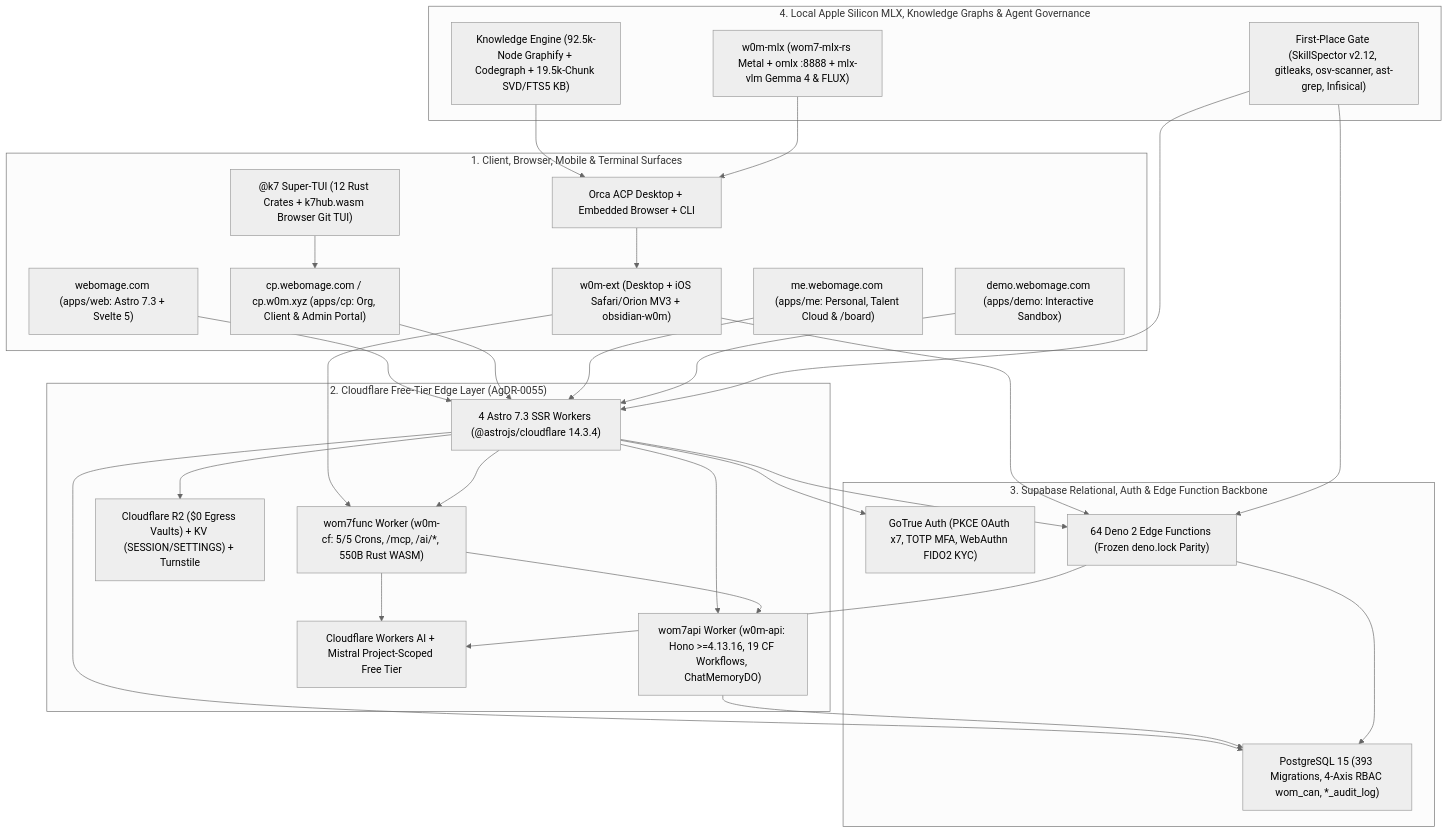
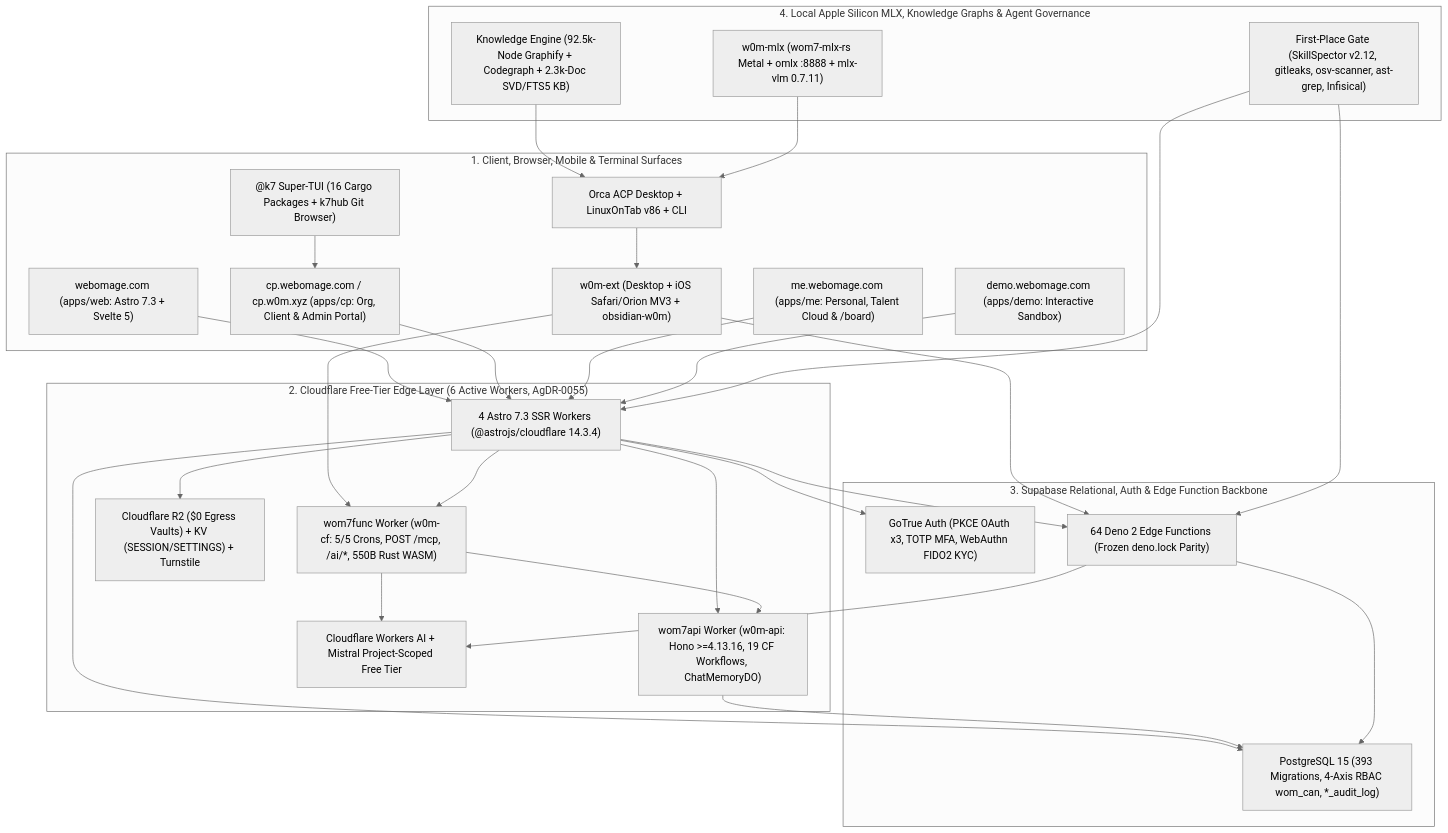
The first of 2 diagrams in .agents/reports/t734-w0m-technology-landscape-overview.md (webomage/a2ui-vinext), drawn with Mermaid (neutral theme) before and after one commit. The commit also changed other lines of this file and 9 other files, not shown here.

````diff
--- a/.agents/reports/t734-w0m-technology-landscape-overview.md
+++ b/.agents/reports/t734-w0m-technology-landscape-overview.md
@@ -32,59 +33,59 @@
 ```mermaid
 flowchart TB
     subgraph Clients["1. Client, Browser, Mobile & Terminal Surfaces"]
         WebApp["webomage.com (apps/web: Astro 7.3 + Svelte 5)"]
         CpApp["cp.webomage.com / cp.w0m.xyz (apps/cp: Org, Client & Admin Portal)"]
         MeApp["me.webomage.com (apps/me: Personal, Talent Cloud & /board)"]
         DemoApp["demo.webomage.com (apps/demo: Interactive Sandbox)"]
         ExtMV3["w0m-ext (Desktop + iOS Safari/Orion MV3 + obsidian-w0m)"]
-        K7Tui["@k7 Super-TUI (12 Rust Crates + k7hub.wasm Browser Git TUI)"]
-        OrcaIde["Orca ACP Desktop + Embedded Browser + CLI"]
+        K7Tui["@k7 Super-TUI (16 Cargo Packages + k7hub Git Browser)"]
+        OrcaIde["Orca ACP Desktop + LinuxOnTab v86 + CLI"]
     end
 
-    subgraph CFEdge["2. Cloudflare Free-Tier Edge Layer (AgDR-0055)"]
+    subgraph CFEdge["2. Cloudflare Free-Tier Edge Layer (6 Active Workers, AgDR-0055)"]
         SSRWorkers["4 Astro 7.3 SSR Workers (@astrojs/cloudflare 14.3.4)"]
-        Wom7Func["wom7func Worker (w0m-cf: 5/5 Crons, /mcp, /ai/*, 550B Rust WASM)"]
+        Wom7Func["wom7func Worker (w0m-cf: 5/5 Crons, POST /mcp, /ai/*, 550B Rust WASM)"]
         Wom7Api["wom7api Worker (w0m-api: Hono >=4.13.16, 19 CF Workflows, ChatMemoryDO)"]
         EdgeState["Cloudflare R2 ($0 Egress Vaults) + KV (SESSION/SETTINGS) + Turnstile"]
         WorkersAI["Cloudflare Workers AI + Mistral Project-Scoped Free Tier"]
     end
 
     subgraph SupaData["3. Supabase Relational, Auth & Edge Function Backbone"]
-        GoTrue["GoTrue Auth (PKCE OAuth x7, TOTP MFA, WebAuthn FIDO2 KYC)"]
+        GoTrue["GoTrue Auth (PKCE OAuth x3, TOTP MFA, WebAuthn FIDO2 KYC)"]
         Postgres["PostgreSQL 15 (393 Migrations, 4-Axis RBAC wom_can, *_audit_log)"]
         DenoEdge["64 Deno 2 Edge Functions (Frozen deno.lock Parity)"]
     end
 
     subgraph LocalAI["4. Local Apple Silicon MLX, Knowledge Graphs & Agent Governance"]
-        MlxStack["w0m-mlx (wom7-mlx-rs Metal + omlx :8888 + mlx-vlm Gemma 4 & FLUX)"]
-        GraphKB["Knowledge Engine (92.5k-Node Graphify + Codegraph + 19.5k-Chunk SVD/FTS5 KB)"]
+        MlxStack["w0m-mlx (wom7-mlx-rs Metal + omlx :8888 + mlx-vlm 0.7.11)"]
+        GraphKB["Knowledge Engine (92.5k-Node Graphify + Codegraph + 2.3k-Doc SVD/FTS5 KB)"]
         SecGate["First-Place Gate (SkillSpector v2.12, gitleaks, osv-scanner, ast-grep, Infisical)"]
     end
 
     WebApp --> SSRWorkers
     CpApp --> SSRWorkers
     MeApp --> SSRWorkers
     DemoApp --> SSRWorkers
     K7Tui --> CpApp
     OrcaIde --> ExtMV3
     ExtMV3 --> Wom7Func
     ExtMV3 --> DenoEdge
 
     SSRWorkers --> EdgeState
     SSRWorkers --> Wom7Func
     SSRWorkers --> Wom7Api
     SSRWorkers --> GoTrue
     SSRWorkers --> Postgres
     SSRWorkers --> DenoEdge
 
     Wom7Func --> WorkersAI
     Wom7Func --> Wom7Api
     Wom7Api --> Postgres
     DenoEdge --> Postgres
     DenoEdge --> WorkersAI
 
     GraphKB --> OrcaIde
     MlxStack --> OrcaIde
     SecGate --> SSRWorkers
     SecGate --> DenoEdge
 ```
````
